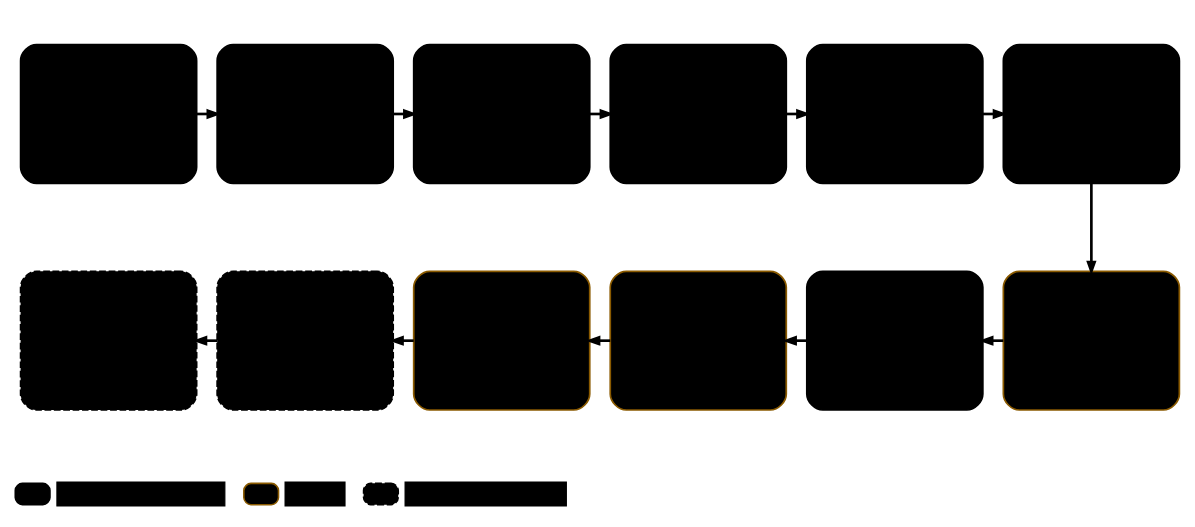
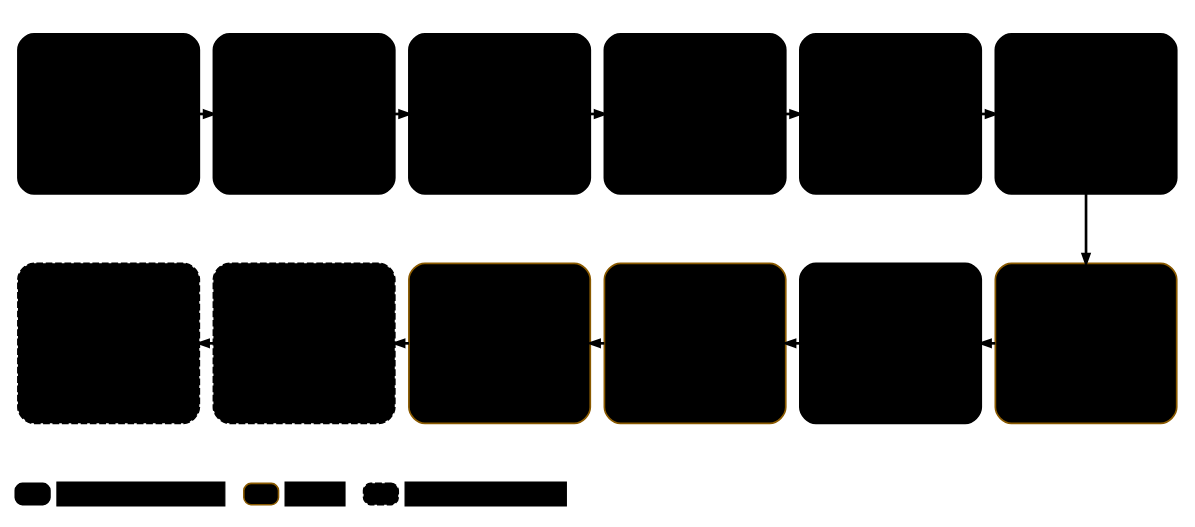
The diagram in docs/deliverables/src/decks/figures/holistic_value_chain.dot (IortaTexhNXT-DEV/FinVerse), drawn with Graphviz before and after one commit. The commit also changed 11 other files, not shown here.

```diff
--- a/docs/deliverables/src/decks/figures/holistic_value_chain.dot
+++ b/docs/deliverables/src/decks/figures/holistic_value_chain.dot
@@ -1,39 +1,39 @@
 // From client to claims: the stage, the BDOI owner and the BIBS module (status in brackets)
 // Generated by docs/deliverables/src/decks/build_process_deck.py from the YAML in
 // process_deck/; edit the YAML and rebuild. Colour tokens are replaced at render time.
 digraph holistic_value_chain {
   graph [layout=neato, inputscale=72, splines=line, overlap=true, outputorder=nodesfirst, bgcolor="white", pad=0.05, fontname="Arial"];
   node [fontname="Arial"];
   edge [fontname="Arial"];
   c0 [pos="0,0!", shape=point, width=0.01, style=invis];
   c1 [pos="873.0,372.0!", shape=point, width=0.01, style=invis];
-  v0 [pos="70.0,298.0!", shape=box, style="rounded,filled", fillcolor="@SUCCESS_BG", color="@SUCCESS", penwidth=1.3, width=1.833, height=1.444, fixedsize=true, margin="0.03,0.02", label=<<font point-size="13" color="@NEAR_BLACK"><b>1 Client</b></font><br/><font point-size="12" color="@MUTED">Marketing AO<br/>BIBS: Clients,<br/>Screening<br/>(Built / designed)</font>>];
-  v1 [pos="217.4,298.0!", shape=box, style="rounded,filled", fillcolor="@SUCCESS_BG", color="@SUCCESS", penwidth=1.3, width=1.833, height=1.444, fixedsize=true, margin="0.03,0.02", label=<<font point-size="13" color="@NEAR_BLACK"><b>2 Quotation</b></font><br/><font point-size="12" color="@MUTED">Marketing, TSU<br/>BIBS: Quotations,<br/>PRF, Products<br/>(Built)</font>>];
-  v2 [pos="364.8,298.0!", shape=box, style="rounded,filled", fillcolor="@SUCCESS_BG", color="@SUCCESS", penwidth=1.3, width=1.833, height=1.444, fixedsize=true, margin="0.03,0.02", label=<<font point-size="13" color="@NEAR_BLACK"><b>3 Placement</b></font><br/><font point-size="12" color="@MUTED">Processing<br/>BIBS: Placement<br/>(Built)</font>>];
-  v3 [pos="512.2,298.0!", shape=box, style="rounded,filled", fillcolor="@SUCCESS_BG", color="@SUCCESS", penwidth=1.3, width=1.833, height=1.444, fixedsize=true, margin="0.03,0.02", label=<<font point-size="13" color="@NEAR_BLACK"><b>4 Issuance</b></font><br/><font point-size="12" color="@MUTED">Processing, E-policy<br/>Sender<br/>BIBS: Issuance<br/>(Built)</font>>];
-  v4 [pos="659.6,298.0!", shape=box, style="rounded,filled", fillcolor="@SUCCESS_BG", color="@SUCCESS", penwidth=1.3, width=1.833, height=1.444, fixedsize=true, margin="0.03,0.02", label=<<font point-size="13" color="@NEAR_BLACK"><b>5 Booking</b></font><br/><font point-size="12" color="@MUTED">Processing,<br/>Comptrollership<br/>BIBS: Booking<br/>(Built)</font>>];
-  v5 [pos="807.0,298.0!", shape=box, style="rounded,filled", fillcolor="@SUCCESS_BG", color="@SUCCESS", penwidth=1.3, width=1.833, height=1.444, fixedsize=true, margin="0.03,0.02", label=<<font point-size="13" color="@NEAR_BLACK"><b>6 Cash</b></font><br/><font point-size="12" color="@MUTED">Cashiering<br/>BIBS: Cashiering<br/>(Built)</font>>];
-  v6 [pos="807.0,128.0!", shape=box, style="rounded,filled", fillcolor="@AMBER_BG", color="#8A5A00", penwidth=1.3, width=1.833, height=1.444, fixedsize=true, margin="0.03,0.02", label=<<font point-size="13" color="@NEAR_BLACK"><b>7 Remittance</b></font><br/><font point-size="12" color="@MUTED">Remittance,<br/>Disbursement<br/>BIBS: Remittance,<br/>Disbursement<br/>(Built / in build)</font>>];
-  v7 [pos="659.6,128.0!", shape=box, style="rounded,filled", fillcolor="@SUCCESS_BG", color="@SUCCESS", penwidth=1.3, width=1.833, height=1.444, fixedsize=true, margin="0.03,0.02", label=<<font point-size="13" color="@NEAR_BLACK"><b>8 Commission</b></font><br/><font point-size="12" color="@MUTED">Commission Receivable<br/>BIBS: Commission<br/>(Built)</font>>];
-  v8 [pos="512.2,128.0!", shape=box, style="rounded,filled", fillcolor="@AMBER_BG", color="#8A5A00", penwidth=1.3, width=1.833, height=1.444, fixedsize=true, margin="0.03,0.02", label=<<font point-size="13" color="@NEAR_BLACK"><b>9 Accounting</b></font><br/><font point-size="12" color="@MUTED">Comptrollership<br/>(FRBS, ACSL)<br/>BIBS: GL, ACSL, FRBS<br/>(In build)</font>>];
-  v9 [pos="364.8,128.0!", shape=box, style="rounded,filled", fillcolor="@AMBER_BG", color="#8A5A00", penwidth=1.3, width=1.833, height=1.444, fixedsize=true, margin="0.03,0.02", label=<<font point-size="13" color="@NEAR_BLACK"><b>10 Collections</b></font><br/><font point-size="12" color="@MUTED">Collection Handlers<br/>BIBS: Collections<br/>(In build)</font>>];
-  v10 [pos="217.4,128.0!", shape=box, style="rounded,filled,dashed", fillcolor="@BG_BLUE", color="@HEADER_BLUE", penwidth=1.3, width=1.833, height=1.444, fixedsize=true, margin="0.03,0.02", label=<<font point-size="13" color="@NEAR_BLACK"><b>11 Renewal</b></font><br/><font point-size="12" color="@MUTED">Marketing, Processing<br/>BIBS: Renewal,<br/>Submitted Policies<br/>(Designed)</font>>];
-  v11 [pos="70.0,128.0!", shape=box, style="rounded,filled,dashed", fillcolor="@BG_BLUE", color="@HEADER_BLUE", penwidth=1.3, width=1.833, height=1.444, fixedsize=true, margin="0.03,0.02", label=<<font point-size="13" color="@NEAR_BLACK"><b>12 Claims</b></font><br/><font point-size="12" color="@MUTED">Claims unit<br/>BIBS: Claims Handling<br/>(Designed)</font>>];
+  v0 [pos="70.0,298.0!", shape=box, style="rounded,filled", fillcolor="@SUCCESS_BG", color="@SUCCESS", penwidth=1.3, width=1.889, height=1.667, fixedsize=true, margin="0.03,0.02", label=<<font point-size="13" color="@NEAR_BLACK"><b>1 Client</b></font><br/><font point-size="12" color="@MUTED">Marketing AO<br/>BIBS: Clients,<br/>Screening<br/>(Built / designed)</font>>];
+  v1 [pos="216.6,298.0!", shape=box, style="rounded,filled", fillcolor="@SUCCESS_BG", color="@SUCCESS", penwidth=1.3, width=1.889, height=1.667, fixedsize=true, margin="0.03,0.02", label=<<font point-size="13" color="@NEAR_BLACK"><b>2 Quotation</b></font><br/><font point-size="12" color="@MUTED">Marketing, TSU<br/>BIBS: Quotations,<br/>PRF, Products<br/>(Built)</font>>];
+  v2 [pos="363.2,298.0!", shape=box, style="rounded,filled", fillcolor="@SUCCESS_BG", color="@SUCCESS", penwidth=1.3, width=1.889, height=1.667, fixedsize=true, margin="0.03,0.02", label=<<font point-size="13" color="@NEAR_BLACK"><b>3 Placement</b></font><br/><font point-size="12" color="@MUTED">Processing<br/>BIBS: Placement<br/>(Built)</font>>];
+  v3 [pos="509.8,298.0!", shape=box, style="rounded,filled", fillcolor="@SUCCESS_BG", color="@SUCCESS", penwidth=1.3, width=1.889, height=1.667, fixedsize=true, margin="0.03,0.02", label=<<font point-size="13" color="@NEAR_BLACK"><b>4 Issuance</b></font><br/><font point-size="12" color="@MUTED">Processing, E-policy<br/>Sender<br/>BIBS: Issuance<br/>(Built)</font>>];
+  v4 [pos="656.4,298.0!", shape=box, style="rounded,filled", fillcolor="@SUCCESS_BG", color="@SUCCESS", penwidth=1.3, width=1.889, height=1.667, fixedsize=true, margin="0.03,0.02", label=<<font point-size="13" color="@NEAR_BLACK"><b>5 Booking</b></font><br/><font point-size="12" color="@MUTED">Processing,<br/>Comptrollership<br/>BIBS: Booking<br/>(Built)</font>>];
+  v5 [pos="803.0,298.0!", shape=box, style="rounded,filled", fillcolor="@SUCCESS_BG", color="@SUCCESS", penwidth=1.3, width=1.889, height=1.667, fixedsize=true, margin="0.03,0.02", label=<<font point-size="13" color="@NEAR_BLACK"><b>6 Cash</b></font><br/><font point-size="12" color="@MUTED">Cashiering<br/>BIBS: Cashiering<br/>(Built)</font>>];
+  v6 [pos="803.0,126.0!", shape=box, style="rounded,filled", fillcolor="@AMBER_BG", color="#8A5A00", penwidth=1.3, width=1.889, height=1.667, fixedsize=true, margin="0.03,0.02", label=<<font point-size="13" color="@NEAR_BLACK"><b>7 Remittance</b></font><br/><font point-size="12" color="@MUTED">Remittance,<br/>Disbursement<br/>BIBS: Remittance,<br/>Disbursement<br/>(Built / in build)</font>>];
+  v7 [pos="656.4,126.0!", shape=box, style="rounded,filled", fillcolor="@SUCCESS_BG", color="@SUCCESS", penwidth=1.3, width=1.889, height=1.667, fixedsize=true, margin="0.03,0.02", label=<<font point-size="13" color="@NEAR_BLACK"><b>8 Commission</b></font><br/><font point-size="12" color="@MUTED">Commission Receivable<br/>BIBS: Commission<br/>(Built)</font>>];
+  v8 [pos="509.8,126.0!", shape=box, style="rounded,filled", fillcolor="@AMBER_BG", color="#8A5A00", penwidth=1.3, width=1.889, height=1.667, fixedsize=true, margin="0.03,0.02", label=<<font point-size="13" color="@NEAR_BLACK"><b>9 Accounting</b></font><br/><font point-size="12" color="@MUTED">Comptrollership<br/>(FRBS, ACSL)<br/>BIBS: GL, ACSL, FRBS<br/>(In build)</font>>];
+  v9 [pos="363.2,126.0!", shape=box, style="rounded,filled", fillcolor="@AMBER_BG", color="#8A5A00", penwidth=1.3, width=1.889, height=1.667, fixedsize=true, margin="0.03,0.02", label=<<font point-size="13" color="@NEAR_BLACK"><b>10 Collections</b></font><br/><font point-size="12" color="@MUTED">Collection Handlers<br/>BIBS: Collections<br/>(In build)</font>>];
+  v10 [pos="216.6,126.0!", shape=box, style="rounded,filled,dashed", fillcolor="@BG_BLUE", color="@HEADER_BLUE", penwidth=1.3, width=1.889, height=1.667, fixedsize=true, margin="0.03,0.02", label=<<font point-size="13" color="@NEAR_BLACK"><b>11 Renewal</b></font><br/><font point-size="12" color="@MUTED">Marketing, Processing<br/>BIBS: Renewal,<br/>Submitted Policies<br/>(Designed)</font>>];
+  v11 [pos="70.0,126.0!", shape=box, style="rounded,filled,dashed", fillcolor="@BG_BLUE", color="@HEADER_BLUE", penwidth=1.3, width=1.889, height=1.667, fixedsize=true, margin="0.03,0.02", label=<<font point-size="13" color="@NEAR_BLACK"><b>12 Claims</b></font><br/><font point-size="12" color="@MUTED">Claims unit<br/>BIBS: Claims Handling<br/>(Designed)</font>>];
   r1 [pos="13.0,13.0!", shape=box, style="rounded,filled", fillcolor="@SUCCESS_BG", color="@SUCCESS", penwidth=1.2, width=0.361, height=0.222, fixedsize=true, margin="0.03,0.02", label=""];
   r2 [pos="94.2,13.0!", shape=box, style="filled", fillcolor="@WHITE", color="@WHITE", penwidth=0.8, width=1.756, height=0.250, fixedsize=true, margin="0.03,0.02", label=<<font point-size="10.5" color="@TEXT">Built (at least in part)</font>>];
   r3 [pos="184.4,13.0!", shape=box, style="rounded,filled", fillcolor="@AMBER_BG", color="#8A5A00", penwidth=1.2, width=0.361, height=0.222, fixedsize=true, margin="0.03,0.02", label=""];
   r4 [pos="224.8,13.0!", shape=box, style="filled", fillcolor="@WHITE", color="@WHITE", penwidth=0.8, width=0.622, height=0.250, fixedsize=true, margin="0.03,0.02", label=<<font point-size="10.5" color="@TEXT">In build</font>>];
   r5 [pos="274.2,13.0!", shape=box, style="rounded,filled,dashed", fillcolor="@BG_BLUE", color="@HEADER_BLUE", penwidth=1.2, width=0.361, height=0.222, fixedsize=true, margin="0.03,0.02", label=""];
   r6 [pos="352.8,13.0!", shape=box, style="filled", fillcolor="@WHITE", color="@WHITE", penwidth=0.8, width=1.685, height=0.250, fixedsize=true, margin="0.03,0.02", label=<<font point-size="10.5" color="@TEXT">Designed, not yet built</font>>];
   v0 -> v1 [color="@HEADER_BLUE", style=solid, penwidth=2.0, arrowsize=0.7, tailport=e, headport=w];
   v1 -> v2 [color="@HEADER_BLUE", style=solid, penwidth=2.0, arrowsize=0.7, tailport=e, headport=w];
   v2 -> v3 [color="@HEADER_BLUE", style=solid, penwidth=2.0, arrowsize=0.7, tailport=e, headport=w];
   v3 -> v4 [color="@HEADER_BLUE", style=solid, penwidth=2.0, arrowsize=0.7, tailport=e, headport=w];
   v4 -> v5 [color="@HEADER_BLUE", style=solid, penwidth=2.0, arrowsize=0.7, tailport=e, headport=w];
   v5 -> v6 [color="@HEADER_BLUE", style=solid, penwidth=2.0, arrowsize=0.7, tailport=s, headport=n];
   v6 -> v7 [color="@HEADER_BLUE", style=solid, penwidth=2.0, arrowsize=0.7, tailport=w, headport=e];
   v7 -> v8 [color="@HEADER_BLUE", style=solid, penwidth=2.0, arrowsize=0.7, tailport=w, headport=e];
   v8 -> v9 [color="@HEADER_BLUE", style=solid, penwidth=2.0, arrowsize=0.7, tailport=w, headport=e];
   v9 -> v10 [color="@HEADER_BLUE", style=solid, penwidth=2.0, arrowsize=0.7, tailport=w, headport=e];
   v10 -> v11 [color="@HEADER_BLUE", style=solid, penwidth=2.0, arrowsize=0.7, tailport=w, headport=e];
 }
```
